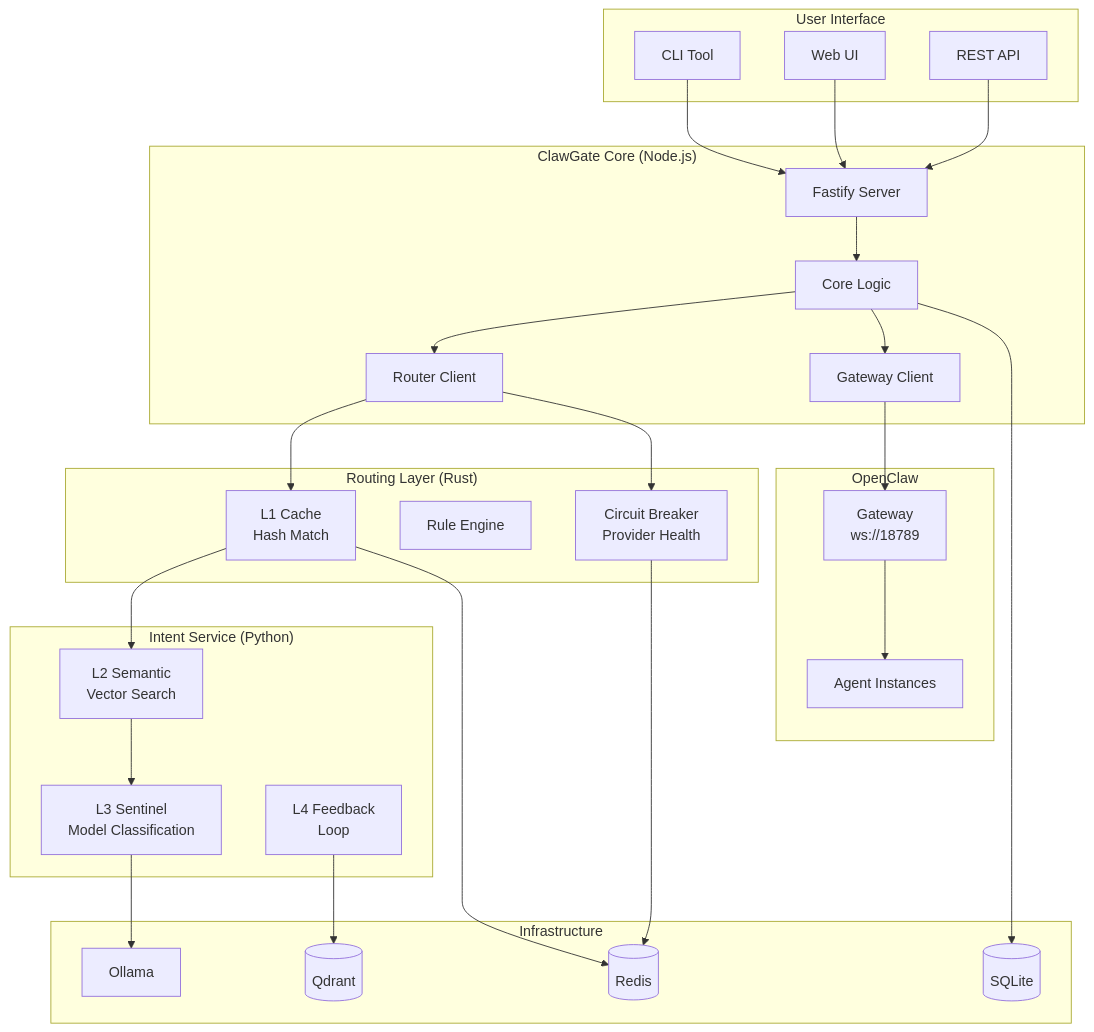
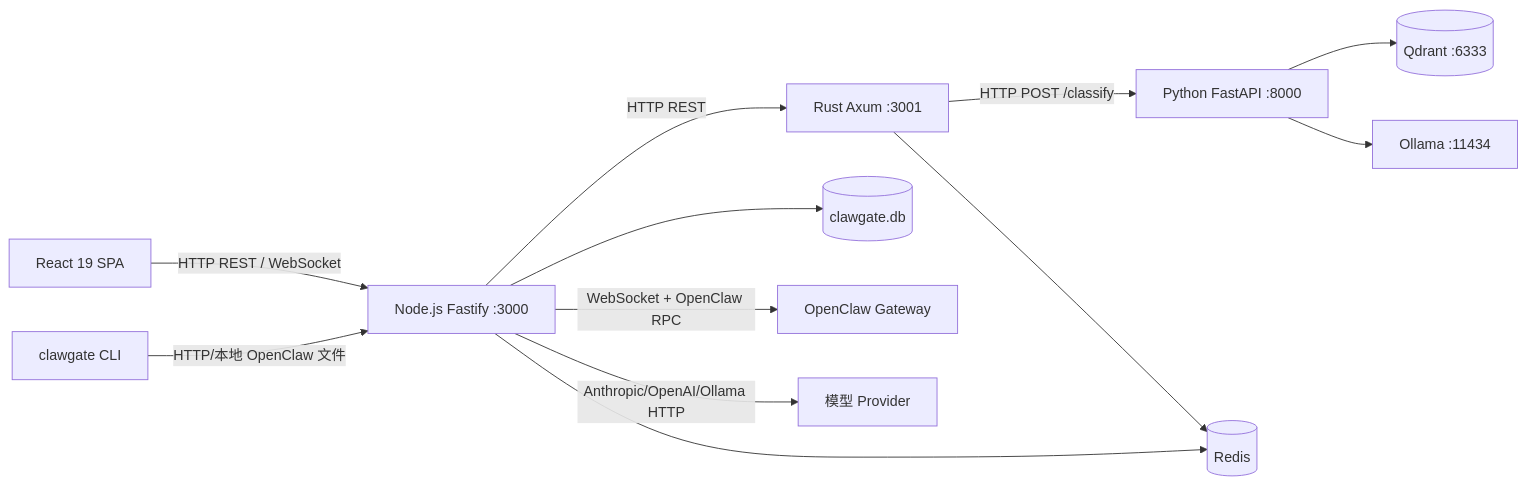
The diagram in architecture.md (DXL-0702/ClawGate), drawn with Mermaid before and after one commit. The commit also changed other lines of this file and 17 other files, not shown here.

````diff
--- a/architecture.md
+++ b/architecture.md
@@ -21,57 +19,14 @@
 ```mermaid
-graph TB
-    subgraph "User Interface"
-        CLI[CLI Tool]
-        WebUI[Web UI]
-        API[REST API]
-    end
-
-    subgraph "ClawGate Core (Node.js)"
-        Server[Fastify Server]
-        Core[Core Logic]
-        Router[Router Client]
-        Gateway[Gateway Client]
-    end
-
-    subgraph "Routing Layer (Rust)"
-        L1[L1 Cache<br/>Hash Match]
-        Rules[Rule Engine]
-        Circuit[Circuit Breaker<br/>Provider Health]
-    end
-
-    subgraph "Intent Service (Python)"
-        L2[L2 Semantic<br/>Vector Search]
-        L3[L3 Sentinel<br/>Model Classification]
-        L4[L4 Feedback<br/>Loop]
-    end
-
-    subgraph "Infrastructure"
-        Redis[(Redis)]
-        SQLite[(SQLite)]
-        Qdrant[(Qdrant)]
-        Ollama[Ollama]
-    end
-
-    subgraph "OpenClaw"
-        OCGateway[Gateway<br/>ws://18789]
-        Agents[Agent Instances]
-    end
-
-    CLI --> Server
-    WebUI --> Server
-    API --> Server
-    Server --> Core
-    Core --> Router
-    Core --> Gateway
-    Router --> L1
-    Router --> Circuit
-    L1 --> L2
-    L2 --> L3
-    L3 --> Ollama
-    L4 --> Qdrant
-    L1 --> Redis
-    Circuit --> Redis
-    Core --> SQLite
-    Gateway --> OCGateway
-    OCGateway --> Agents
+graph LR
+  Browser[React 19 SPA] -->|HTTP REST / WebSocket| Server[Node.js Fastify :3000]
+  CLI[clawgate CLI] -->|HTTP/本地 OpenClaw 文件| Server
+  Server -->|HTTP REST| Router[Rust Axum :3001]
+  Router -->|HTTP POST /classify| Intent[Python FastAPI :8000]
+  Router --> Redis[(Redis)]
+  Intent --> Qdrant[(Qdrant :6333)]
+  Intent --> Ollama[Ollama :11434]
+  Server --> Redis
+  Server --> SQLite[(clawgate.db)]
+  Server -->|WebSocket + OpenClaw RPC| Gateway[OpenClaw Gateway]
+  Server -->|Anthropic/OpenAI/Ollama HTTP| Providers[模型 Provider]
 ```
````
